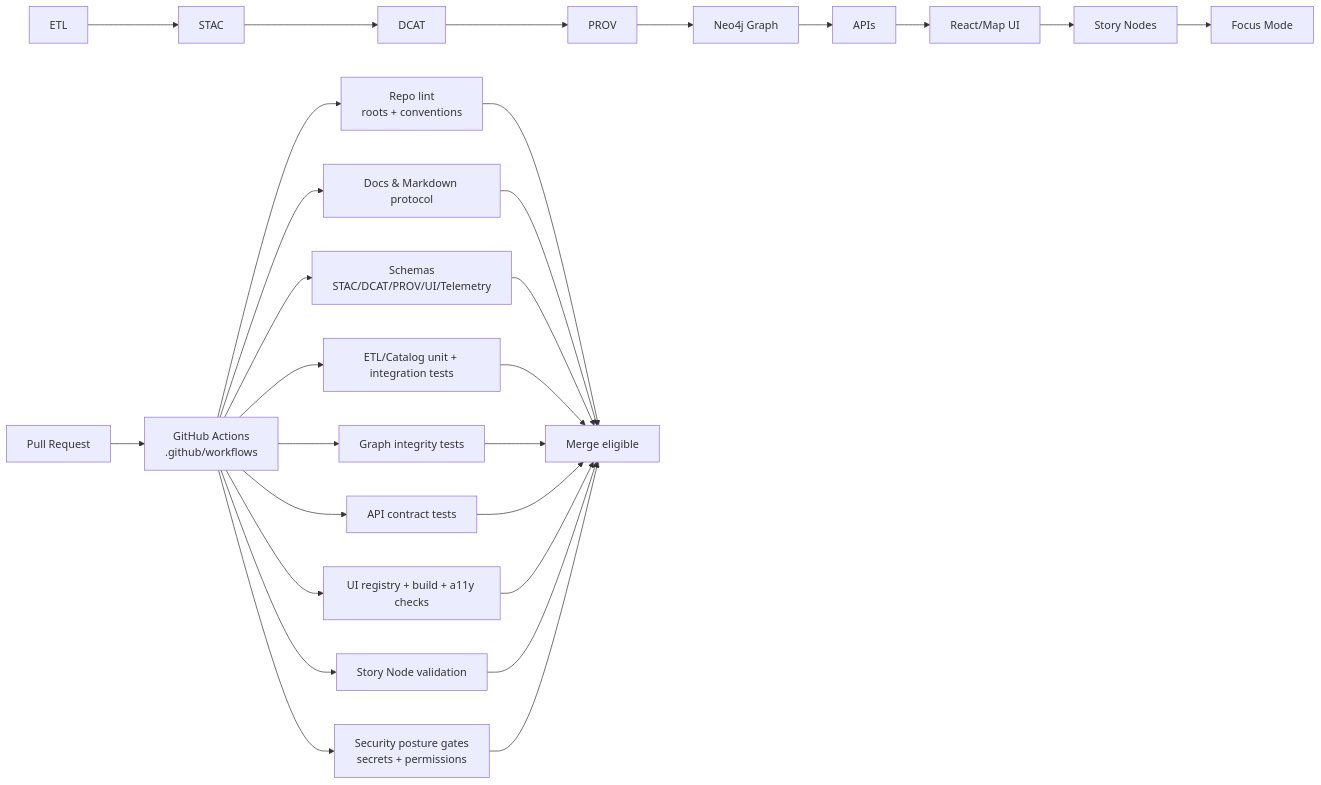
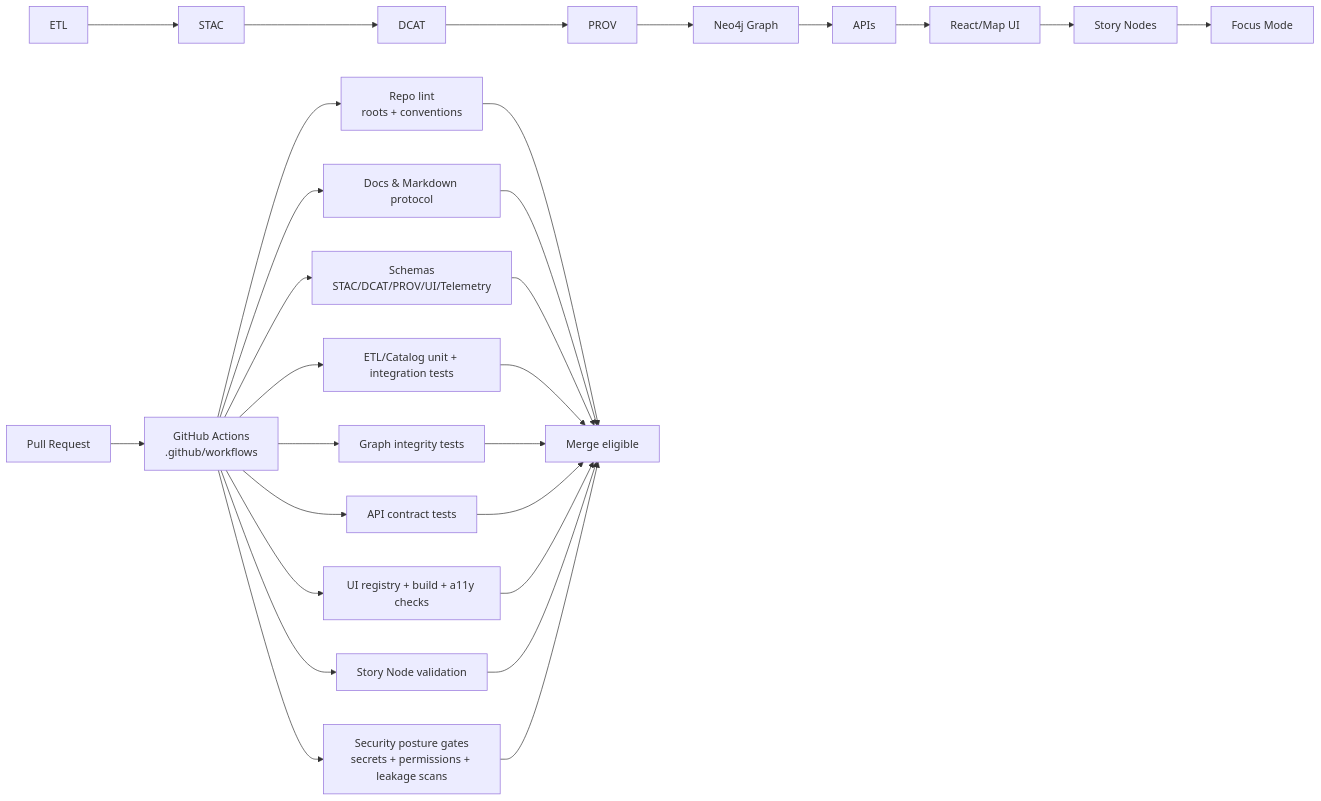
One commit to bartytime4life/Kansas-Frontier-Matrix changed the first of 3 diagrams in .github/README.md. Above: the diagram before and after it, drawn with Mermaid. The commit also changed other lines of this file, not shown here.

```diff
--- a/.github/README.md
+++ b/.github/README.md
@@ -323,26 +327,26 @@
 ~~~mermaid
 flowchart LR
   PR[Pull Request] --> CI[GitHub Actions<br/>.github/workflows]
 
   CI --> LINT[Repo lint<br/>roots + conventions]
   CI --> DOCS[Docs & Markdown protocol]
   CI --> SCHEMA[Schemas<br/>STAC/DCAT/PROV/UI/Telemetry]
   CI --> PIPE[ETL/Catalog unit + integration tests]
   CI --> GRAPH[Graph integrity tests]
   CI --> API[API contract tests]
   CI --> UI[UI registry + build + a11y checks]
   CI --> STORY[Story Node validation]
-  CI --> SEC[Security posture gates<br/>secrets + permissions]
+  CI --> SEC[Security posture gates<br/>secrets + permissions + leakage scans]
 
   ETL[ETL] --> STAC[STAC] --> DCAT[DCAT] --> PROV[PROV] --> N4J[Neo4j Graph] --> APIS[APIs] --> WEB[React/Map UI] --> SN[Story Nodes] --> FM[Focus Mode]
 
   LINT --> OK[Merge eligible]
   DOCS --> OK
   SCHEMA --> OK
   PIPE --> OK
   GRAPH --> OK
   API --> OK
   UI --> OK
   STORY --> OK
   SEC --> OK
 ~~~
```
